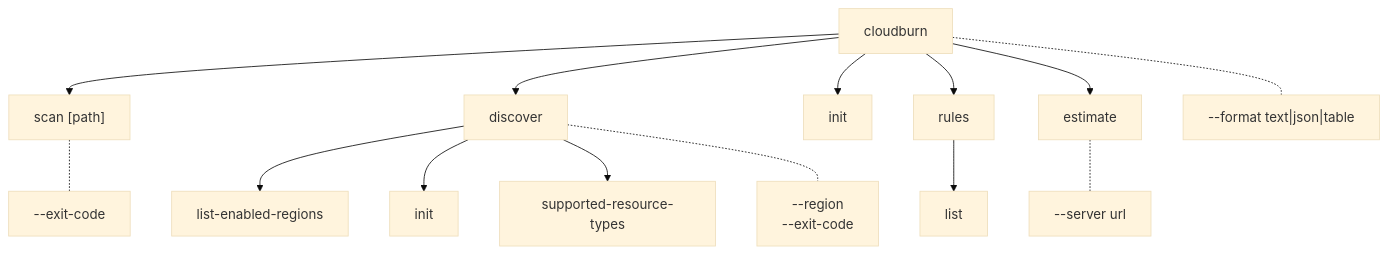
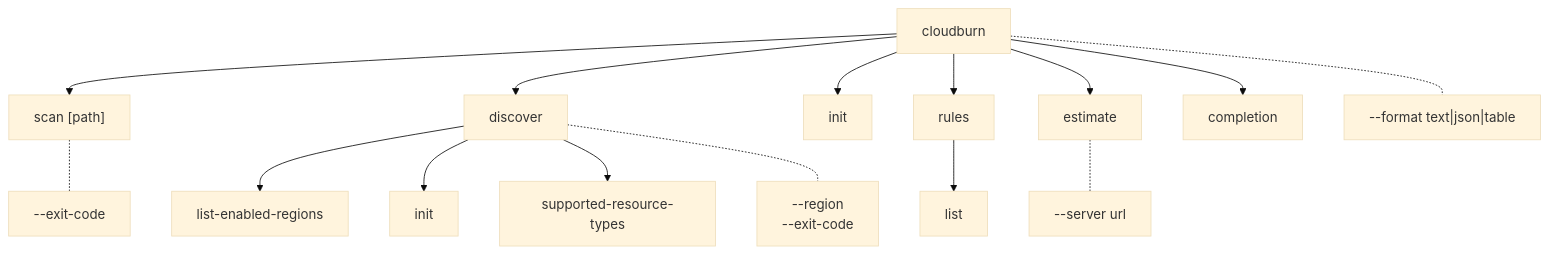
The first of 2 diagrams in docs/architecture/cli.md (towardsthecloud/cloudburn), drawn with Mermaid (base theme) before and after one commit. The commit also changed other lines of this file and 9 other files, not shown here.

First line of the commit message:
feat(cli): add shell completion command (#39)

````diff
--- a/docs/architecture/cli.md
+++ b/docs/architecture/cli.md
@@ -5,17 +5,18 @@
 ```mermaid
 graph TD
   Root["cloudburn"] --> Scan["scan [path]"]
   Root --> Discover["discover"]
   Root --> Init["init"]
   Root --> Rules["rules"]
   Root --> Estimate["estimate"]
+  Root --> Completion["completion <shell>"]
   Rules --> RulesList["list"]
   Discover --> DiscoverRegions["list-enabled-regions"]
   Discover --> DiscoverInit["init"]
   Discover --> DiscoverTypes["supported-resource-types"]
 
   Root -.- RootFlags["--format text|json|table"]
   Scan -.- ScanFlags["--exit-code"]
   Discover -.- DiscoverFlags["--region <region|all>\n--exit-code"]
   Estimate -.- EstimateFlags["--server url"]
 ```
````
